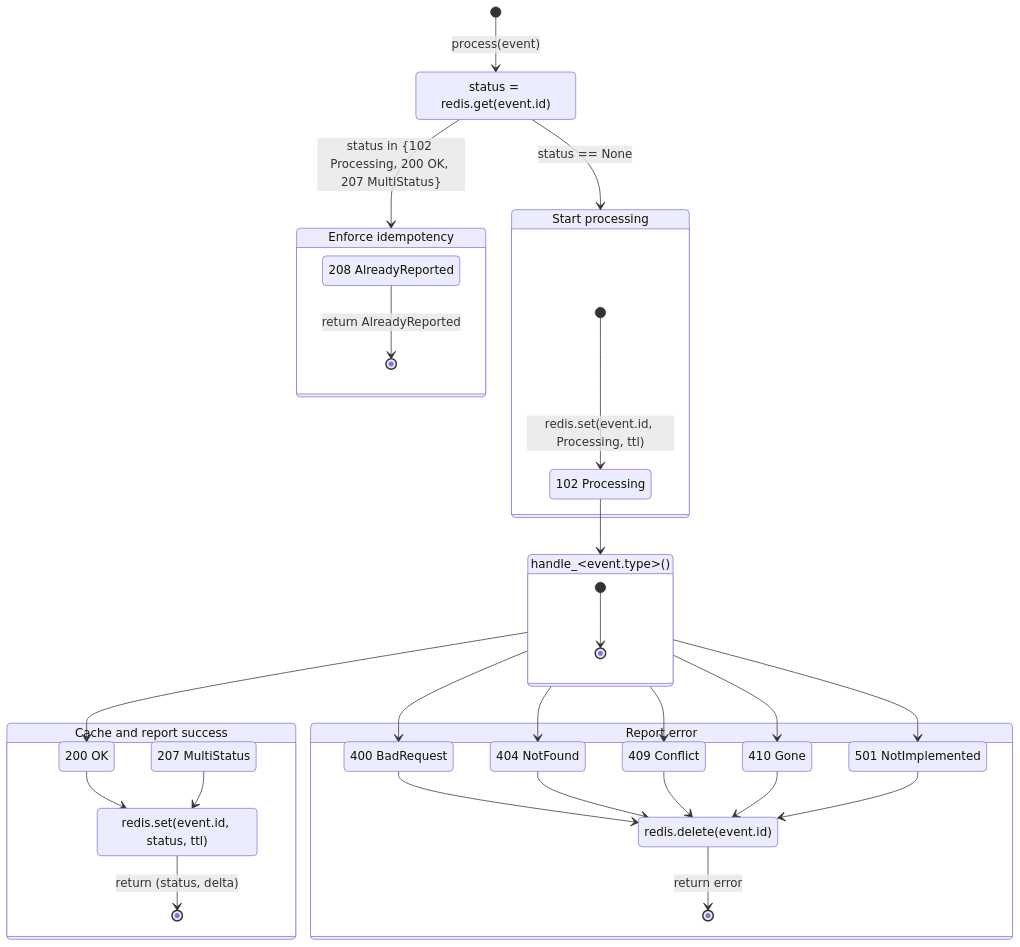
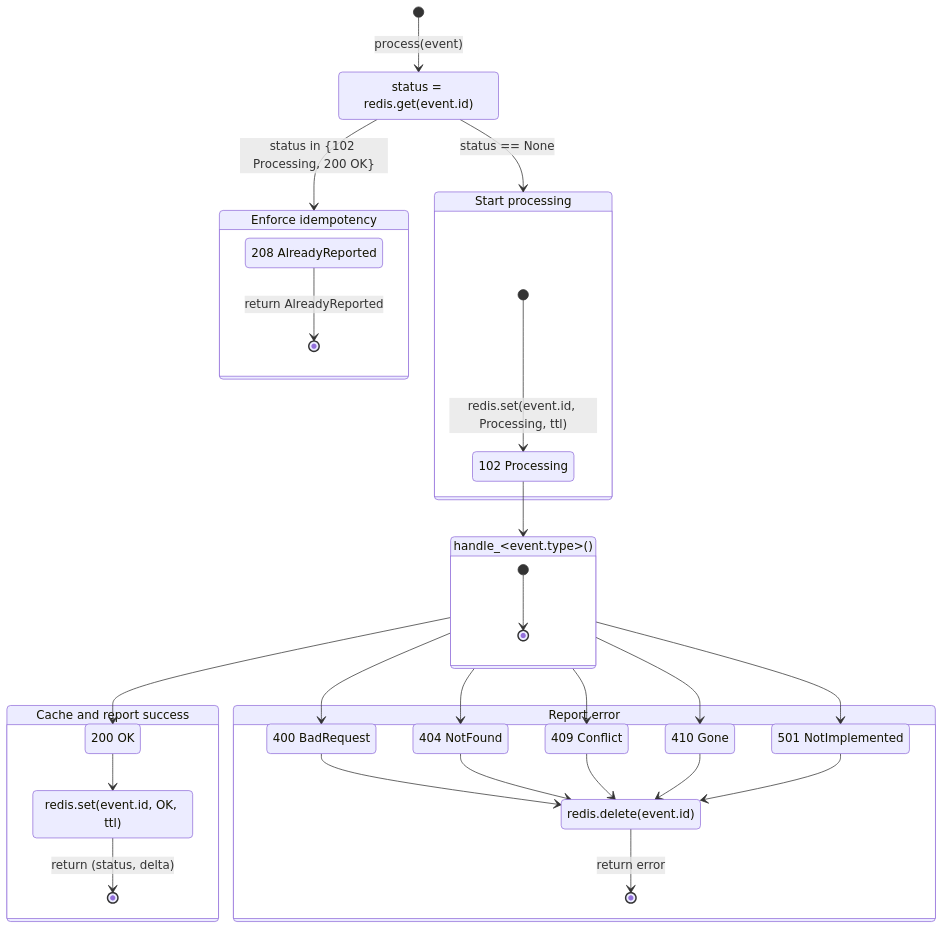
One commit to ppker/securedrop changed the fourth of 4 diagrams in API2.md. Above: the diagram before and after it, drawn with Mermaid. The commit also changed 3 other files, not shown here.

````diff
--- a/API2.md
+++ b/API2.md
@@ -151,59 +151,56 @@
 ```mermaid
 stateDiagram-v2
 direction TB
 
 [*] --> CacheLookup : process(event)
 CacheLookup: status = redis.get(event.id)
 
-CacheLookup --> IdempotentBranch : status in {102 Processing, 200 OK, 207 MultiStatus}
+CacheLookup --> IdempotentBranch : status in {102 Processing, 200 OK}
 CacheLookup --> StartBranch : status == None
 
 state "Enforce idempotency" as IdempotentBranch {
     AlreadyReported : 208 AlreadyReported
     AlreadyReported --> [*] : return AlreadyReported
 }
 
 state "Start processing" as StartBranch {
     [*] --> Processing : redis.set(event.id, Processing, ttl)
     Processing : 102 Processing
 }
 
 Processing --> Handler
 state "handle_&lt;event.type&gt;()" as Handler {
     [*] --> [*]
 }
 
 Handler --> OK
 state "Cache and report success" as SuccessBranch {
     OK : 200 OK
-    MultiStatus : 207 MultiStatus
+    OK --> UpdateCache
 
-    OK --> UpdateCache
-    MultiStatus --> UpdateCache
-
-    UpdateCache : redis.set(event.id, status, ttl)
+    UpdateCache : redis.set(event.id, OK, ttl)
     UpdateCache --> [*] : return (status, delta)
 }
 
 Handler --> BadRequest
 Handler --> NotFound
 Handler --> Conflict
 Handler --> Gone
 Handler --> NotImplemented
 state "Report error" as ErrorBranch {
     BadRequest : 400 BadRequest
     NotFound : 404 NotFound
     Conflict : 409 Conflict
     Gone : 410 Gone
     NotImplemented : 501 NotImplemented
 
     BadRequest --> ClearCache
     NotFound --> ClearCache
     Conflict --> ClearCache
     Gone --> ClearCache
     NotImplemented --> ClearCache
 
     ClearCache : redis.delete(event.id)
     ClearCache --> [*] : return error
 }
 ```
````
